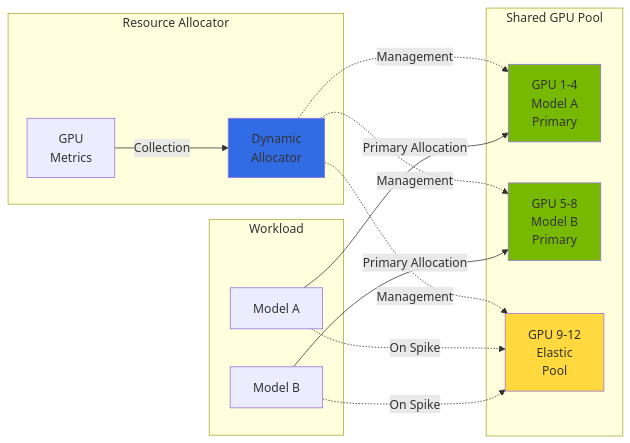
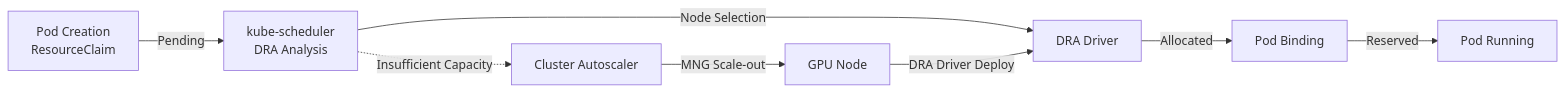
The first of 3 diagrams in i18n/en/docusaurus-plugin-content-docs/current/agentic-ai-platform/model-serving/gpu-resource-management.md (devfloor9/engineering-playbook), drawn with Mermaid before and after one commit. The commit also changed other lines of this file and 95 other files, not shown here.

````diff
--- a/i18n/en/docusaurus-plugin-content-docs/current/agentic-ai-platform/model-serving/gpu-resource-management.md
+++ b/i18n/en/docusaurus-plugin-content-docs/current/agentic-ai-platform/model-serving/gpu-resource-management.md
@@ -112,32 +202,11 @@
 ```mermaid
 flowchart LR
-    subgraph Pool["Shared GPU Pool"]
-        GPU1[GPU 1-4<br/>Model A<br/>Primary]
-        GPU2[GPU 5-8<br/>Model B<br/>Primary]
-        GPU3[GPU 9-12<br/>Elastic<br/>Pool]
-    end
+    A[Pod Creation<br/>ResourceClaim] -->|Pending| B[kube-scheduler<br/>DRA Analysis]
+    B -->|Node Selection| D[DRA Driver]
+    D -->|Allocated| E[Pod Binding]
+    E -->|Reserved| F[Pod Running]
 
-    subgraph Allocator["Resource Allocator"]
-        RA[Dynamic<br/>Allocator]
-        METRICS[GPU<br/>Metrics]
-    end
-
-    subgraph Work["Workload"]
-        WA[Model A]
-        WB[Model B]
-    end
-
-    METRICS -->|Collection| RA
-    RA -.->|Management| GPU1
-    RA -.->|Management| GPU2
-    RA -.->|Management| GPU3
-    WA -->|Primary Allocation| GPU1
-    WB -->|Primary Allocation| GPU2
-    WA -.->|On Spike| GPU3
-    WB -.->|On Spike| GPU3
-
-    style GPU1 fill:#76b900
-    style GPU2 fill:#76b900
-    style GPU3 fill:#ffd93d
-    style RA fill:#326ce5
+    B -.->|Insufficient Capacity| CA[Cluster Autoscaler]
+    CA -->|MNG Scale-out| N[GPU Node]
+    N -->|DRA Driver Deploy| D
 ```
````
